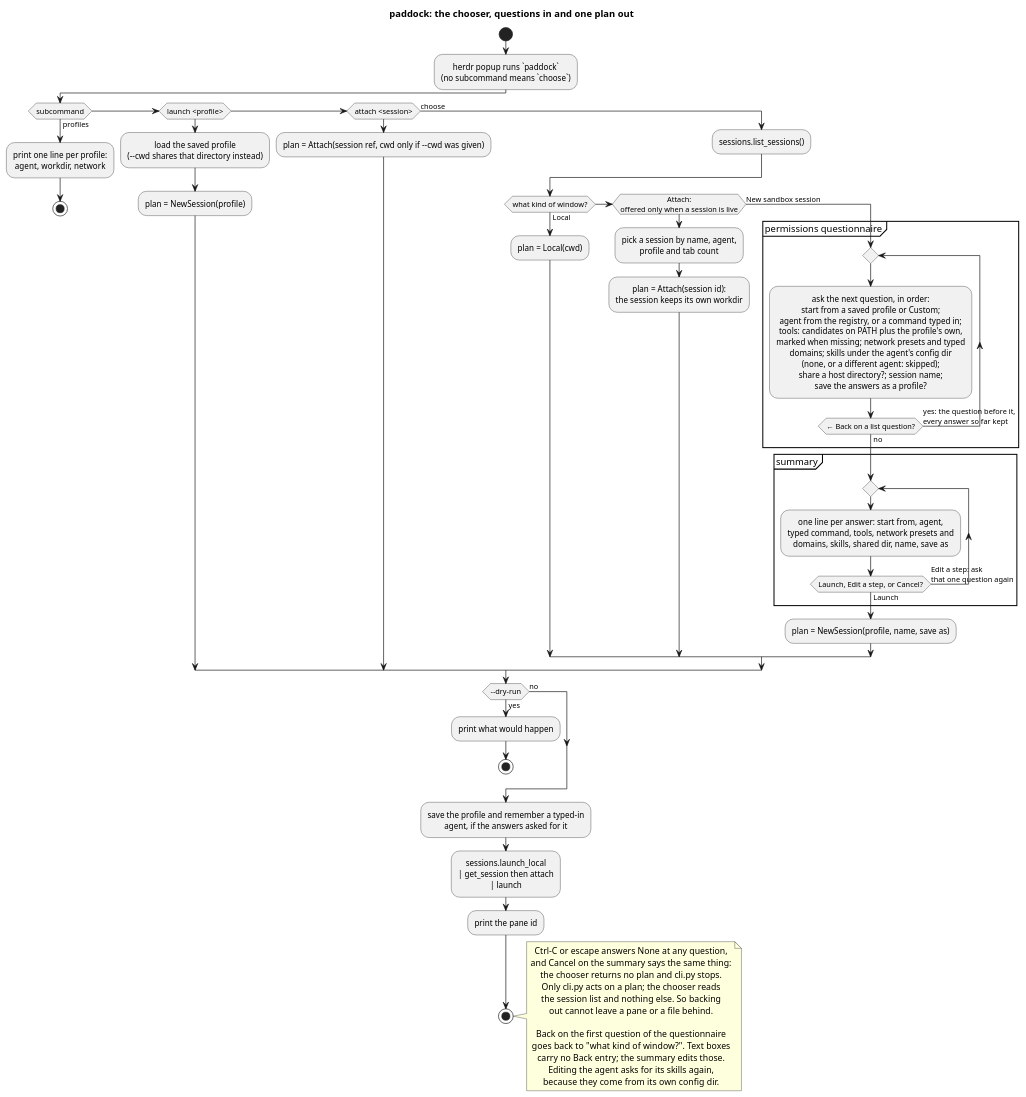
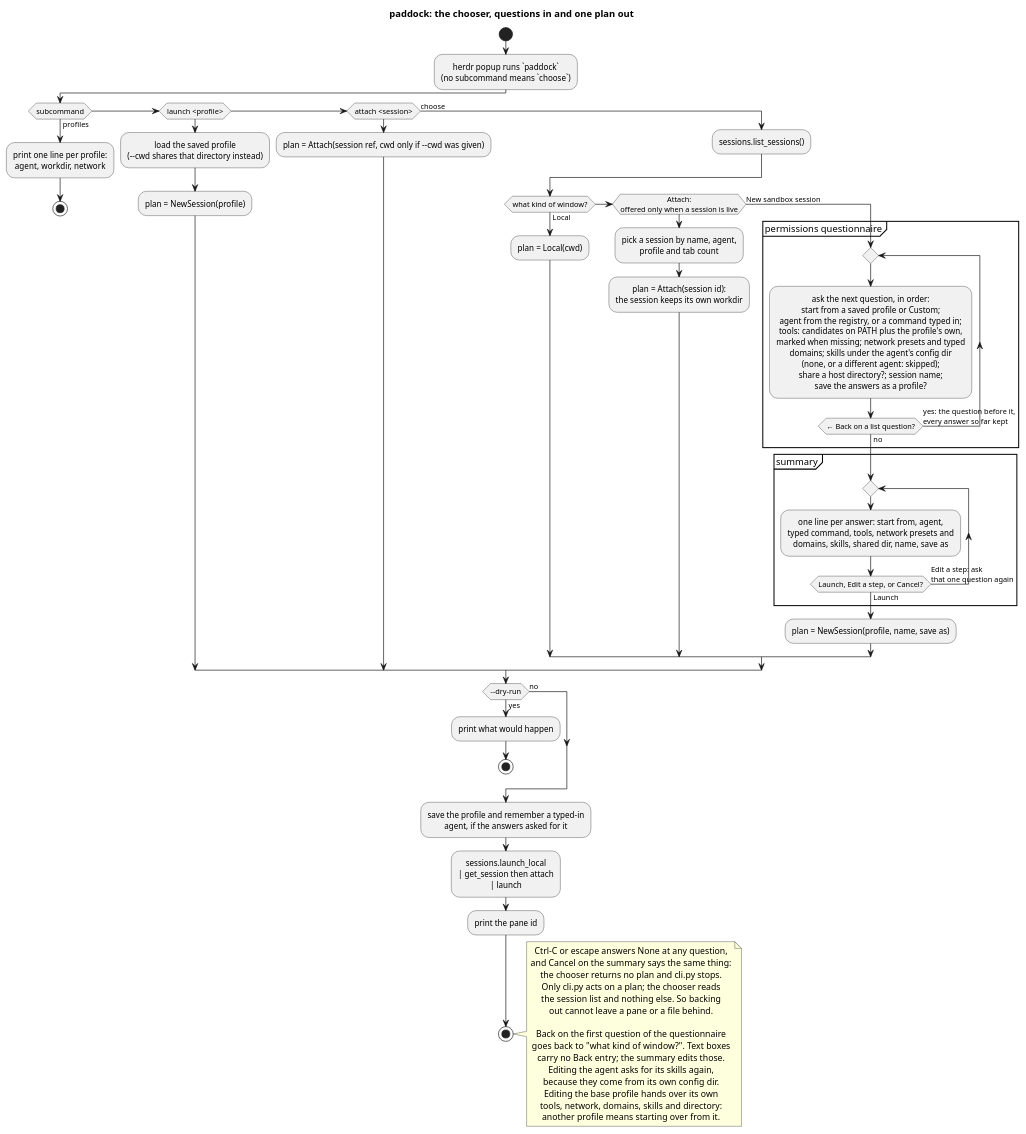
The diagram in docs/diagrams/chooser_flow.puml (paddock-sh/paddock), drawn with PlantUML before and after one commit. The commit also changed 2 other files, not shown here.

Commit message:
feat: swap every answer when the base profile is edited
Picking another profile at the summary means starting over from it, so the
answers it seeded are forgotten and its own tools, network, domains, skills and
shared directory stand, with one line saying so.

```diff
--- a/docs/diagrams/chooser_flow.puml
+++ b/docs/diagrams/chooser_flow.puml
@@ -1,66 +1,69 @@
 @startuml chooser_flow
 title paddock: the chooser, questions in and one plan out
 
 skinparam shadowing false
 skinparam defaultTextAlignment center
 
 start
 :herdr popup runs `paddock`\n(no subcommand means `choose`);
 
 if (subcommand) then (profiles)
   :print one line per profile:\nagent, workdir, network;
   stop
 elseif (launch <profile>) then
   :load the saved profile\n(--cwd shares that directory instead);
   :plan = NewSession(profile);
 elseif (attach <session>) then
   :plan = Attach(session ref, cwd only if --cwd was given);
 else (choose)
   :sessions.list_sessions();
   if (what kind of window?) then (Local)
     :plan = Local(cwd);
   elseif (Attach:\noffered only when a session is live) then
     :pick a session by name, agent,\nprofile and tab count;
     :plan = Attach(session id):\nthe session keeps its own workdir;
   else (New sandbox session)
     partition "permissions questionnaire" {
       repeat
         :ask the next question, in order:\nstart from a saved profile or Custom;\nagent from the registry, or a command typed in;\ntools: candidates on PATH plus the profile's own,\nmarked when missing; network presets and typed\ndomains; skills under the agent's config dir\n(none, or a different agent: skipped);\nshare a host directory?; session name;\nsave the answers as a profile?;
       repeat while (← Back on a list question?) is (yes: the question before it,\nevery answer so far kept) not (no)
     }
     partition "summary" {
       repeat
         :one line per answer: start from, agent,\ntyped command, tools, network presets and\ndomains, skills, shared dir, name, save as;
       repeat while (Launch, Edit a step, or Cancel?) is (Edit a step: ask\nthat one question again) not (Launch)
     }
     :plan = NewSession(profile, name, save as);
   endif
 endif
 
 if (--dry-run) then (yes)
   :print what would happen;
   stop
 else (no)
 endif
 
 :save the profile and remember a typed-in\nagent, if the answers asked for it;
 :sessions.launch_local\n| get_session then attach\n| launch;
 :print the pane id;
 stop
 
 note right
   Ctrl-C or escape answers None at any question,
   and Cancel on the summary says the same thing:
   the chooser returns no plan and cli.py stops.
   Only cli.py acts on a plan; the chooser reads
   the session list and nothing else. So backing
   out cannot leave a pane or a file behind.
 
   Back on the first question of the questionnaire
   goes back to "what kind of window?". Text boxes
   carry no Back entry; the summary edits those.
   Editing the agent asks for its skills again,
   because they come from its own config dir.
+  Editing the base profile hands over its own
+  tools, network, domains, skills and directory:
+  another profile means starting over from it.
 end note
 
 @enduml
```
